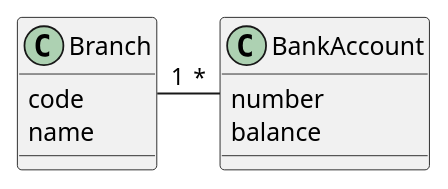
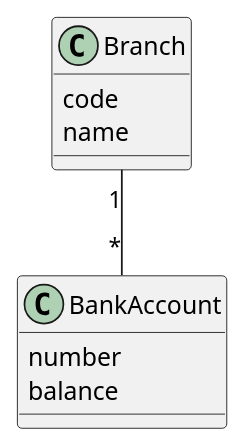
One commit to yinm/uml-modeling-lesson changed the diagram in ch02/excercise/2-2.puml. Above: the diagram before and after it, drawn with PlantUML. The commit also changed 1 other file, not shown here.

```diff
--- a/ch02/excercise/2-2.puml
+++ b/ch02/excercise/2-2.puml
@@ -1,15 +1,15 @@
 @startuml
 
 class Branch {
   code
   name
 }
 
 class BankAccount {
   number
   balance
 }
 
-Branch "1" - "*" BankAccount
+Branch "1" -- "*" BankAccount
 
 @enduml
```
